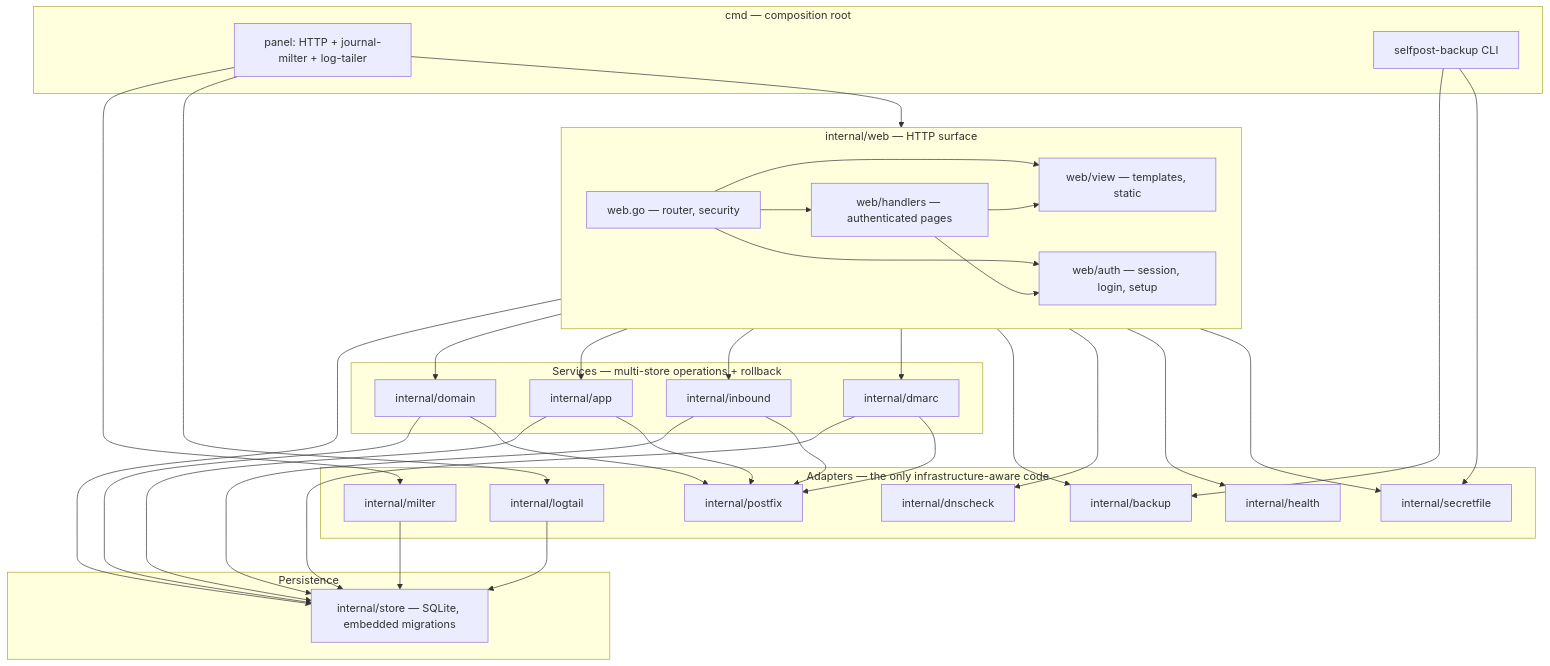
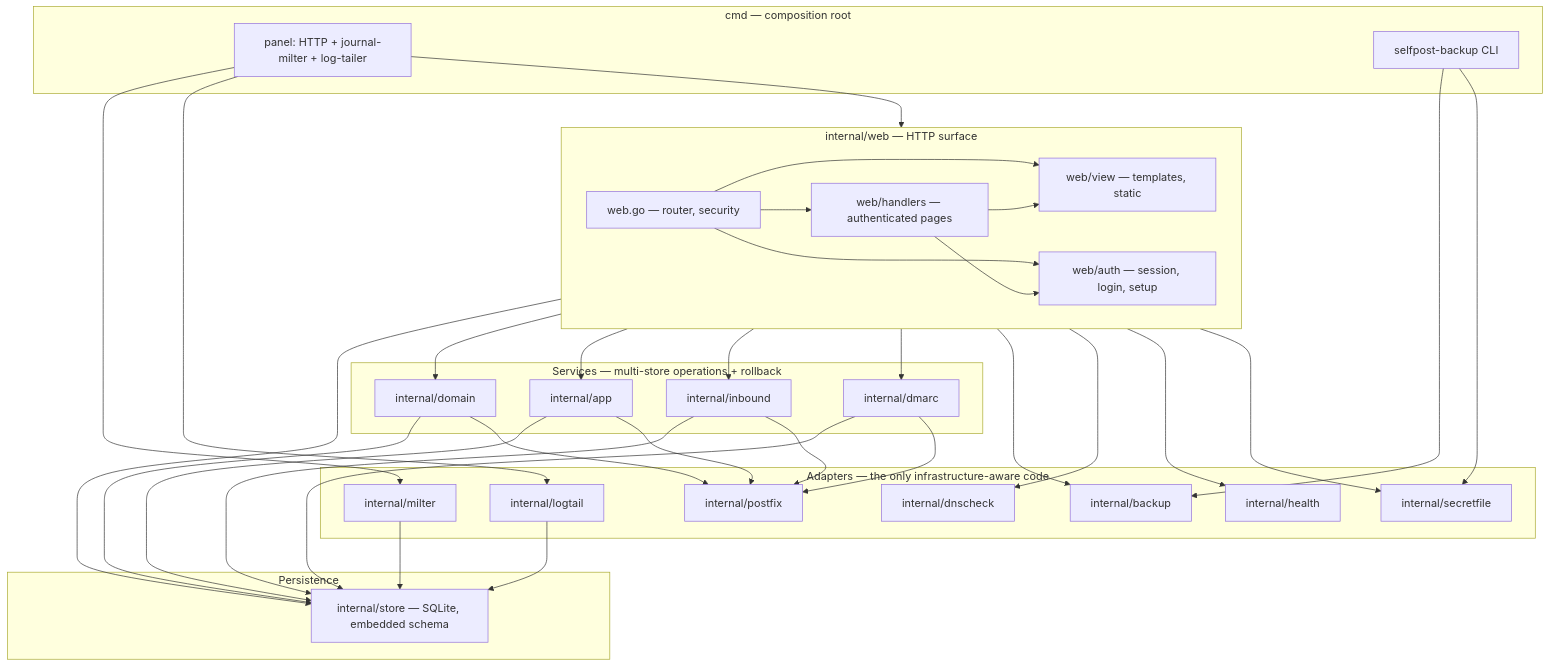
The diagram in docs/architecture.md (mixeme/selfpost), drawn with Mermaid before and after one commit. The commit also changed other lines of this file and 8 other files, not shown here.

````diff
--- a/docs/architecture.md
+++ b/docs/architecture.md
@@ -274,60 +440,60 @@
 ```mermaid
 flowchart TB
   subgraph cmd ["cmd — composition root"]
     panel["panel: HTTP + journal-milter + log-tailer"]
     backupcli["selfpost-backup CLI"]
   end
   subgraph web ["internal/web — HTTP surface"]
     webRoot["web.go — router, security"]
     viewPkg["web/view — templates, static"]
     authPkg["web/auth — session, login, setup"]
     handlersPkg["web/handlers — authenticated pages"]
     webRoot --> viewPkg
     webRoot --> authPkg
     webRoot --> handlersPkg
     handlersPkg --> authPkg
     handlersPkg --> viewPkg
   end
   subgraph services ["Services — multi-store operations + rollback"]
     domainSvc["internal/domain"]
     appSvc["internal/app"]
     inboundSvc["internal/inbound"]
     dmarcSvc["internal/dmarc"]
   end
   subgraph persistence ["Persistence"]
-    store["internal/store — SQLite, embedded migrations"]
+    store["internal/store — SQLite, embedded schema"]
   end
   subgraph adapters ["Adapters — the only infrastructure-aware code"]
     postfix["internal/postfix"]
     milterPkg["internal/milter"]
     logtail["internal/logtail"]
     dnscheck["internal/dnscheck"]
     backupPkg["internal/backup"]
     health["internal/health"]
     secretfile["internal/secretfile"]
   end
   panel --> web
   panel --> milterPkg
   panel --> logtail
   backupcli --> backupPkg
   backupcli --> secretfile
   web --> store
   web --> domainSvc
   web --> appSvc
   web --> inboundSvc
   web --> dmarcSvc
   web --> backupPkg
   web --> dnscheck
   web --> health
   web --> secretfile
   domainSvc --> store
   appSvc --> store
   inboundSvc --> store
   dmarcSvc --> store
   milterPkg --> store
   logtail --> store
   domainSvc --> postfix
   appSvc --> postfix
   inboundSvc --> postfix
   dmarcSvc --> postfix
 ```
````
